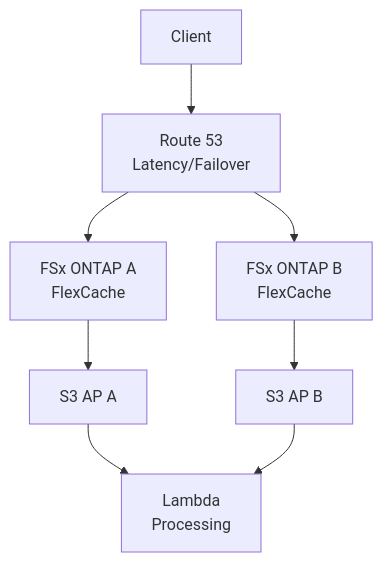
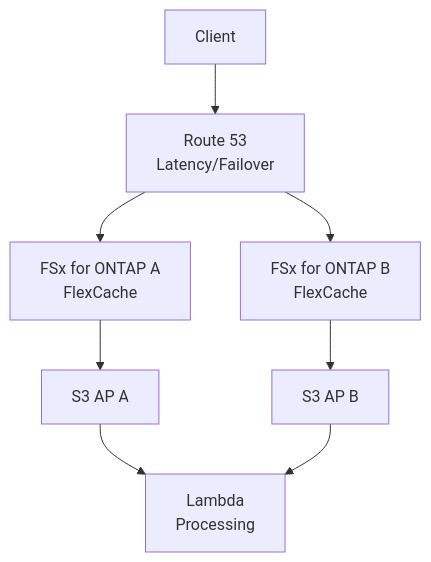
Before and after one commit to Yoshiki0705/FSx-for-ONTAP-S3AccessPoints-Serverless-Patterns: the diagram in docs/flexcache-anycast-design-guide.md, drawn with Mermaid. The commit also changed other lines of this file and 2448 other files, not shown here.

````diff
--- a/docs/flexcache-anycast-design-guide.md
+++ b/docs/flexcache-anycast-design-guide.md
@@ -20,8 +20,8 @@
 ```mermaid
 graph TB
     CLIENT[Client] --> R53[Route 53<br/>Latency/Failover]
-    R53 --> FSX_A[FSx ONTAP A<br/>FlexCache]
-    R53 --> FSX_B[FSx ONTAP B<br/>FlexCache]
+    R53 --> FSX_A[FSx for ONTAP A<br/>FlexCache]
+    R53 --> FSX_B[FSx for ONTAP B<br/>FlexCache]
     FSX_A --> S3AP_A[S3 AP A] --> LAMBDA[Lambda<br/>Processing]
     FSX_B --> S3AP_B[S3 AP B] --> LAMBDA
 ```
````
